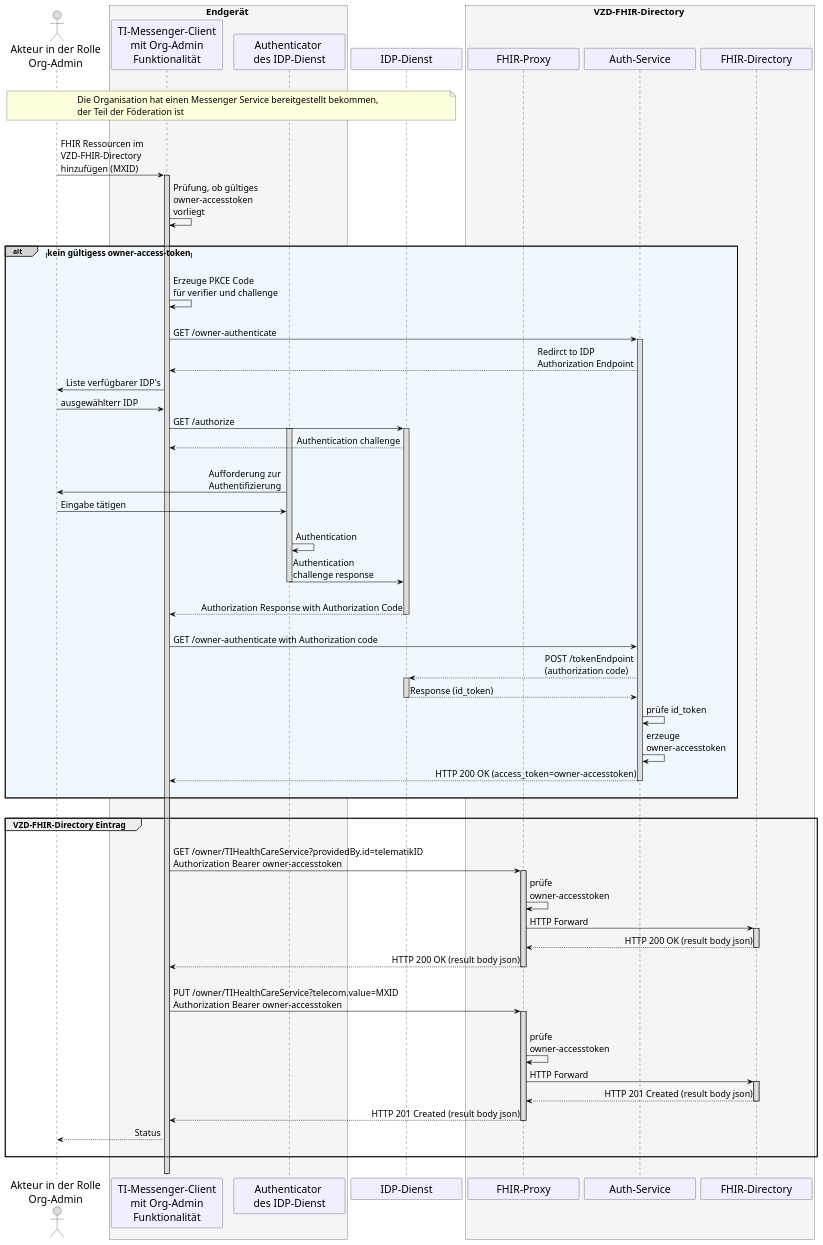
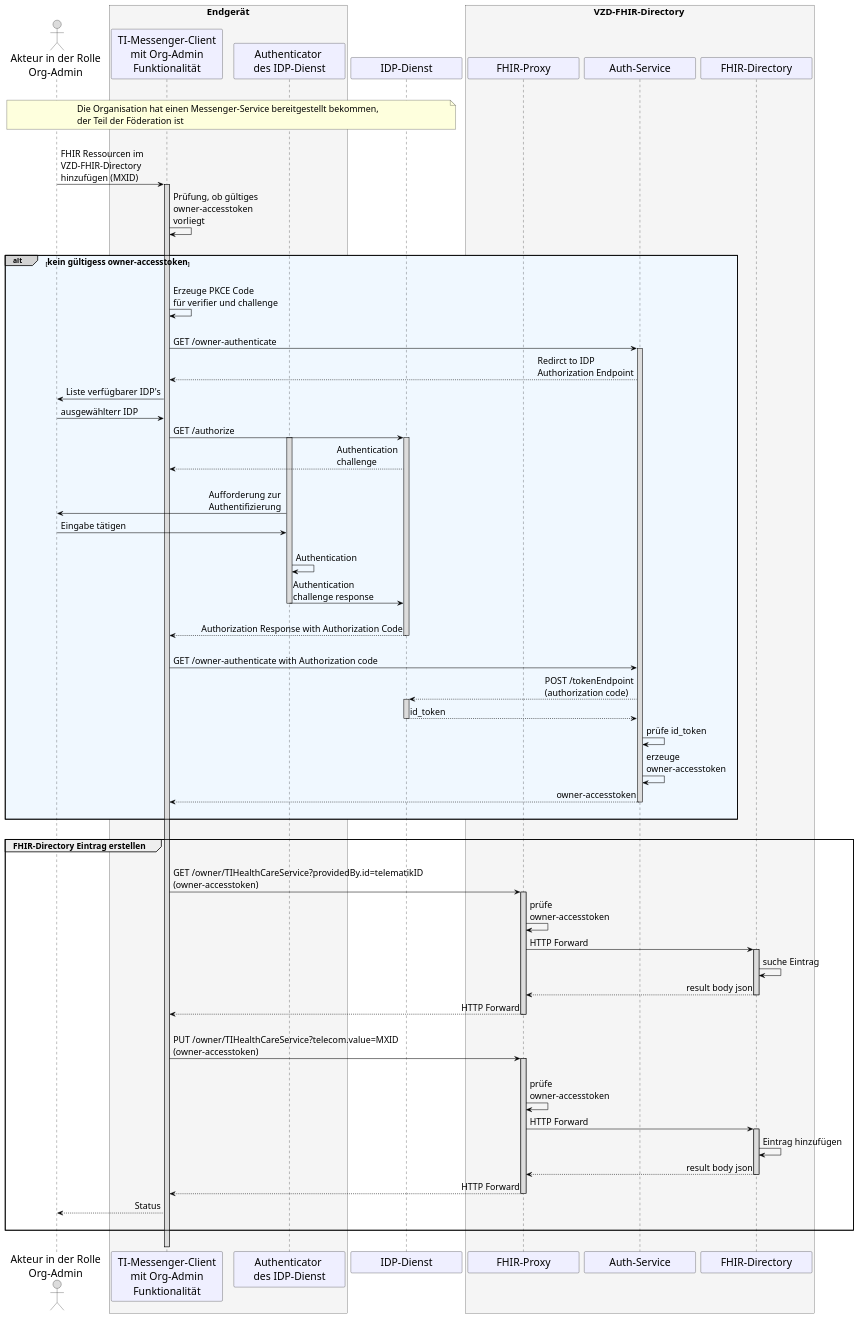
Before and after one commit to gematik/api-ti-messenger: the diagram in src/plantuml/TI-Messenger-Dienst/Ressourcen/UC_10059_Seq.puml, drawn with PlantUML. The commit also changed other lines of this file, not shown here.

```diff
--- a/src/plantuml/TI-Messenger-Dienst/Ressourcen/UC_10059_Seq.puml
+++ b/src/plantuml/TI-Messenger-Dienst/Ressourcen/UC_10059_Seq.puml
@@ -9,120 +9,122 @@
 @startuml
 skinparam sequenceMessageAlign direction
 skinparam minClassWidth 200
 skinparam BoxPadding 1
 skinparam sequenceReferenceHeaderBackgroundColor palegreen
 scale max 2048 width
 
 skinparam sequence {
 ArrowColor black
 ArrowFontSize 17
 ActorBorderColor black
 LifeLineBorderColor black
 LifeLineBackgroundColor Gainsboro
 
 ParticipantBorderColor Motivation
 ParticipantBackgroundColor Motivation
 ParticipantFontName Impact
 ParticipantFontSize 20
 ParticipantFontColor black
 ParticipantBorderColor Black
 ParticipantBackgroundColor MOTIVATION
 
 ActorBackgroundColor Gainsboro
 ActorFontColor black
 ActorFontSize 20
 ActorFontName Aapex
 }
     actor U as "Akteur in der Rolle\nOrg-Admin"
-    box <size:18>Endgerät</size> #WhiteSmoke
+    box <size:18>Endgerät</size>\n #WhiteSmoke 
     participant C as "TI-Messenger-Client\n mit Org-Admin \nFunktionalität"
     participant A as "Authenticator \ndes IDP-Dienst"
     end box
     participant I as "IDP-Dienst" 
     box <size:18>VZD-FHIR-Directory</size> #WhiteSmoke
       participant FP as "FHIR-Proxy"
       participant Auth as "Auth-Service"
       participant VZD as "FHIR-Directory"
     end box
 
 |||
-note over U, I: <size:17>Die Organisation hat einen Messenger Service bereitgestellt bekommen, \n<size:17>der Teil der Föderation ist</size>
+note over U, I: <size:17>Die Organisation hat einen Messenger-Service bereitgestellt bekommen, \n<size:17>der Teil der Föderation ist</size>
 |||
 
 U->C: FHIR Ressourcen im \nVZD-FHIR-Directory \nhinzufügen (MXID)
   Activate C
 C->C: Prüfung, ob gültiges \nowner-accesstoken \nvorliegt
 
 |||
-alt#LightGrey #AliceBlue <size:16>kein gültigess owner-access-token</size>
+alt#LightGrey #AliceBlue <size:16>kein gültigess owner-accesstoken</size>
 |||
 
   C->C: Erzeuge PKCE Code \nfür verifier und challenge
   |||
   C->Auth: GET /owner-authenticate
     Activate Auth
   Auth-->C: Redirct to IDP \nAuthorization Endpoint
 
   C->U: Liste verfügbarer IDP's
   U->C: ausgewählterr IDP
     
   C->I: GET /authorize
     Activate A
     Activate I
-  I-->C: Authentication challenge
+  I-->C: Authentication \nchallenge
   |||
   A->U: Aufforderung zur \nAuthentifizierung
   U->A: Eingabe tätigen
   |||
   A->A: Authentication
   A->I: Authentication \nchallenge response
     Deactivate A
   |||
   I-->C: Authorization Response with Authorization Code
     Deactivate I
       
   |||    
   C->Auth: GET /owner-authenticate with Authorization code
   Auth-->I: POST /tokenEndpoint\n(authorization code)
     Activate I
-  I-->Auth: Response (id_token)
+  I-->Auth: id_token
     Deactivate I
   Auth->Auth: prüfe id_token
   Auth->Auth: erzeuge \nowner-accesstoken
-  Auth-->C: HTTP 200 OK (access_token=owner-accesstoken)
+  Auth-->C: owner-accesstoken
   ||| 
     
     Deactivate Auth
 end
       
 |||
 
-group <size:16>VZD-FHIR-Directory Eintrag</size>
+group <size:16>FHIR-Directory Eintrag erstellen</size>
   |||
-  C->FP: GET /owner/TIHealthCareService?providedBy.id=telematikID \nAuthorization Bearer owner-accesstoken
+  C->FP: GET /owner/TIHealthCareService?providedBy.id=telematikID \n(owner-accesstoken)
     Activate FP
   FP->FP: prüfe \nowner-accesstoken
   FP->VZD: HTTP Forward
     Activate VZD
-  VZD-->FP: HTTP 200 OK (result body json)
+  VZD->VZD: suche Eintrag
+  VZD-->FP: result body json
     Deactivate VZD
-  FP-->C: HTTP 200 OK (result body json)
+  FP-->C: HTTP Forward
     Deactivate FP
   |||
-  C->FP: PUT /owner/TIHealthCareService?telecom.value=MXID \nAuthorization Bearer owner-accesstoken
+  C->FP: PUT /owner/TIHealthCareService?telecom.value=MXID \n(owner-accesstoken)
   |||
     Activate FP
   FP->FP: prüfe \nowner-accesstoken
   FP->VZD: HTTP Forward
     Activate VZD
-  VZD-->FP: HTTP 201 Created (result body json)
+  VZD->VZD: Eintrag hinzufügen
+  VZD-->FP: result body json
     Deactivate VZD
-  FP-->C: HTTP 201 Created (result body json)
+  FP-->C: HTTP Forward
     Deactivate FP
   C-->U: Status    
   |||
 end
 |||
 
   Deactivate C
 @enduml
```
